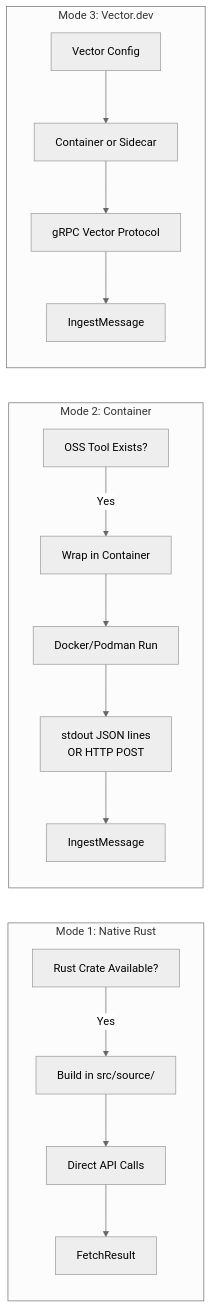
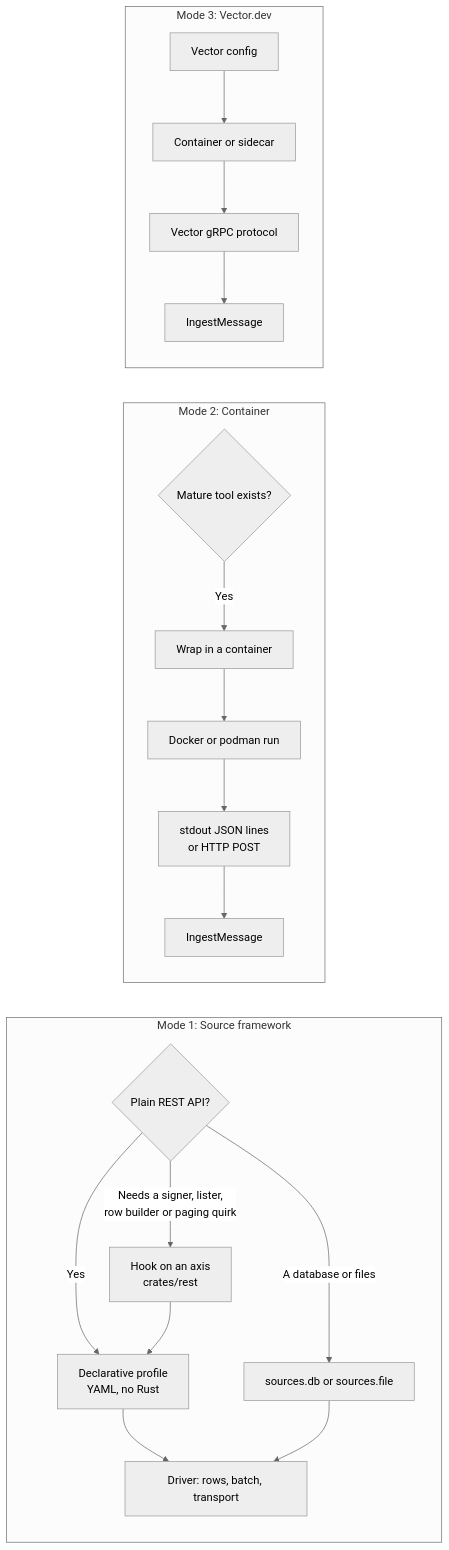
Before and after one commit to hyperi-io/dfe-fetcher: the fourth of 8 diagrams in docs/DESIGN.md, drawn with Mermaid (neutral theme). The commit also changed other lines of this file and 265 other files, not shown here.

First line of the commit message:
fix(sources): run every source on one generic framework

````diff
--- a/docs/DESIGN.md
+++ b/docs/DESIGN.md
@@ -91,21 +295,24 @@
 ```mermaid
-graph LR
-    subgraph "Mode 1: Native Rust"
-        A1[Rust Crate Available?] -->|Yes| A2[Build in src/source/]
-        A2 --> A3[Direct API Calls]
-        A3 --> A4[FetchResult]
+flowchart LR
+    subgraph "Mode 1: Source framework"
+        A1{Plain REST API?} -->|Yes| A2[Declarative profile<br>YAML, no Rust]
+        A1 -->|Needs a signer, lister,<br>row builder or paging quirk| A3[Hook on an axis<br>crates/rest]
+        A3 --> A2
+        A1 -->|A database or files| A4[sources.db or sources.file]
+        A2 --> A5[Driver: rows, batch, transport]
+        A4 --> A5
     end
 
     subgraph "Mode 2: Container"
-        C1[OSS Tool Exists?] -->|Yes| C2[Wrap in Container]
-        C2 --> C3[Docker/Podman Run]
-        C3 --> C4[stdout JSON lines<br>OR HTTP POST]
+        C1{Mature tool exists?} -->|Yes| C2[Wrap in a container]
+        C2 --> C3[Docker or podman run]
+        C3 --> C4[stdout JSON lines<br>or HTTP POST]
         C4 --> C5[IngestMessage]
     end
 
     subgraph "Mode 3: Vector.dev"
-        D1[Vector Config] --> D2[Container or Sidecar]
-        D2 --> D3[gRPC Vector Protocol]
+        D1[Vector config] --> D2[Container or sidecar]
+        D2 --> D3[Vector gRPC protocol]
         D3 --> D4[IngestMessage]
     end
 ```
````
